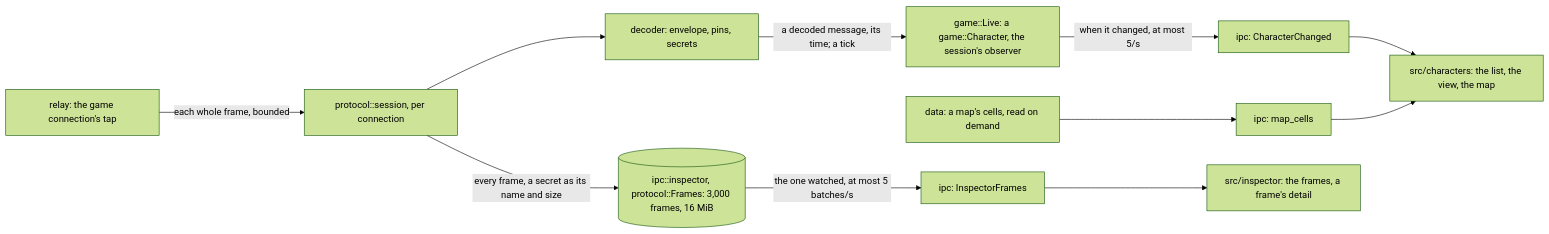
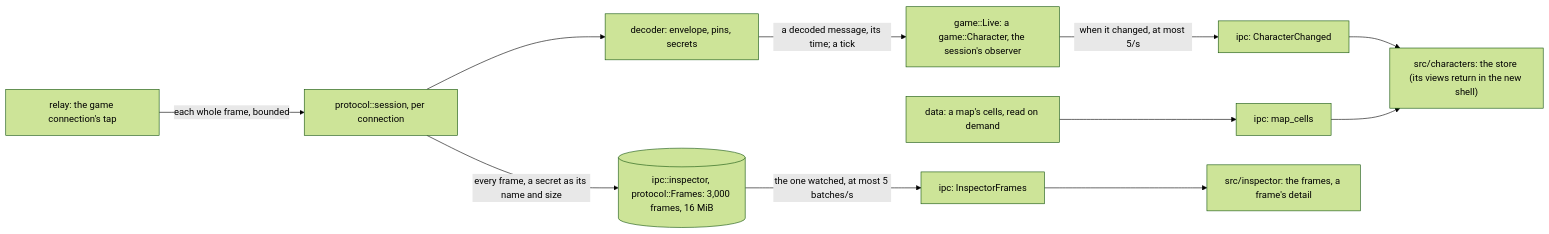
The diagram in docs/game.md (AerafalDev/D3B), drawn with Mermaid (forest theme) before and after one commit. The commit also changed 6 other files, not shown here.

````diff
--- a/docs/game.md
+++ b/docs/game.md
@@ -7,13 +7,13 @@
 ```mermaid
 flowchart LR
     tap["relay: the game connection's tap"] -->|"each whole frame, bounded"| task["protocol::session, per connection"]
     task --> dec["decoder: envelope, pins, secrets"]
     dec -->|"a decoded message, its time; a tick"| obs["game::Live: a game::Character, the session's observer"]
     task -->|"every frame, a secret as its name and size"| ring[("ipc::inspector, protocol::Frames: 3,000 frames, 16 MiB")]
     obs -->|"when it changed, at most 5/s"| ev1["ipc: CharacterChanged"]
     ring -->|"the one watched, at most 5 batches/s"| ev2["ipc: InspectorFrames"]
     maps["data: a map's cells, read on demand"] --> cmd["ipc: map_cells"]
-    ev1 --> view["src/characters: the list, the view, the map"]
+    ev1 --> view["src/characters: the store (its views return in the new shell)"]
     cmd --> view
     ev2 --> insp["src/inspector: the frames, a frame's detail"]
 ```
````
